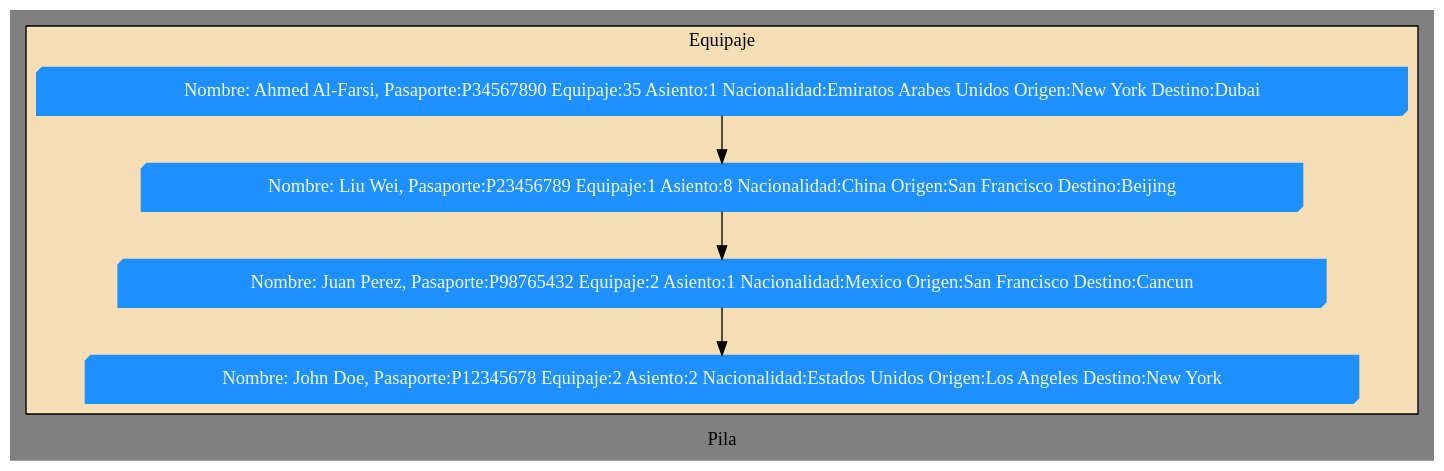
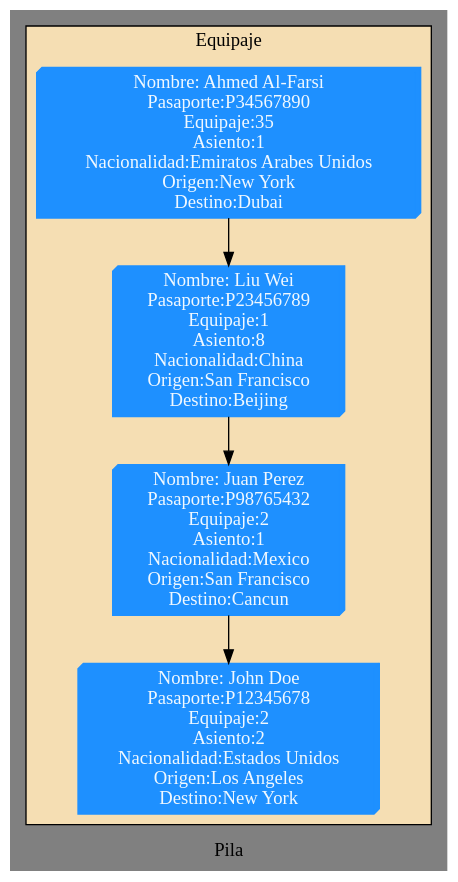
One commit to Edwinhndz/201807124_EDD_Practica changed the diagram in grafica_Pila.dot. Above: the diagram before and after it, drawn with Graphviz. The commit also changed 16 other files, not shown here.

First line of the commit message:
correciónes en graphviz

```diff
--- a/grafica_Pila.dot
+++ b/grafica_Pila.dot
@@ -1,13 +1,37 @@
 digraph G { 
 rankdir = TB;
 label="Pila";bgcolor=grey 
 subgraph cluster_top_floor{
 bgcolor=wheat; 
 label="Equipaje";
-nodo0[ shape=box3d  , fontcolor=aliceblue , style=filled , color=dodgerblue , label="Nombre: Ahmed Al-Farsi, Pasaporte:P34567890 Equipaje:35 Asiento:1 Nacionalidad:Emiratos Arabes Unidos Origen:New York Destino:Dubai"]
-nodo1[ shape=box3d  , fontcolor=aliceblue , style=filled , color=dodgerblue , label="Nombre: Liu Wei, Pasaporte:P23456789 Equipaje:1 Asiento:8 Nacionalidad:China Origen:San Francisco Destino:Beijing"]
-nodo2[ shape=box3d  , fontcolor=aliceblue , style=filled , color=dodgerblue , label="Nombre: Juan Perez, Pasaporte:P98765432 Equipaje:2 Asiento:1 Nacionalidad:Mexico Origen:San Francisco Destino:Cancun"]
-nodo3[ shape=box3d  , fontcolor=aliceblue , style=filled , color=dodgerblue , label="Nombre: John Doe, Pasaporte:P12345678 Equipaje:2 Asiento:2 Nacionalidad:Estados Unidos Origen:Los Angeles Destino:New York"]
+nodo0[ shape=box3d  , fontcolor=aliceblue , style=filled , color=dodgerblue , label="Nombre: Ahmed Al-Farsi
+Pasaporte:P34567890
+Equipaje:35
+Asiento:1
+Nacionalidad:Emiratos Arabes Unidos
+Origen:New York
+Destino:Dubai"]
+nodo1[ shape=box3d  , fontcolor=aliceblue , style=filled , color=dodgerblue , label="Nombre: Liu Wei
+Pasaporte:P23456789
+Equipaje:1
+Asiento:8
+Nacionalidad:China
+Origen:San Francisco
+Destino:Beijing"]
+nodo2[ shape=box3d  , fontcolor=aliceblue , style=filled , color=dodgerblue , label="Nombre: Juan Perez
+Pasaporte:P98765432
+Equipaje:2
+Asiento:1
+Nacionalidad:Mexico
+Origen:San Francisco
+Destino:Cancun"]
+nodo3[ shape=box3d  , fontcolor=aliceblue , style=filled , color=dodgerblue , label="Nombre: John Doe
+Pasaporte:P12345678
+Equipaje:2
+Asiento:2
+Nacionalidad:Estados Unidos
+Origen:Los Angeles
+Destino:New York"]
 nodo0 -> nodo1 -> nodo2 -> nodo3;
 }
 }
```
